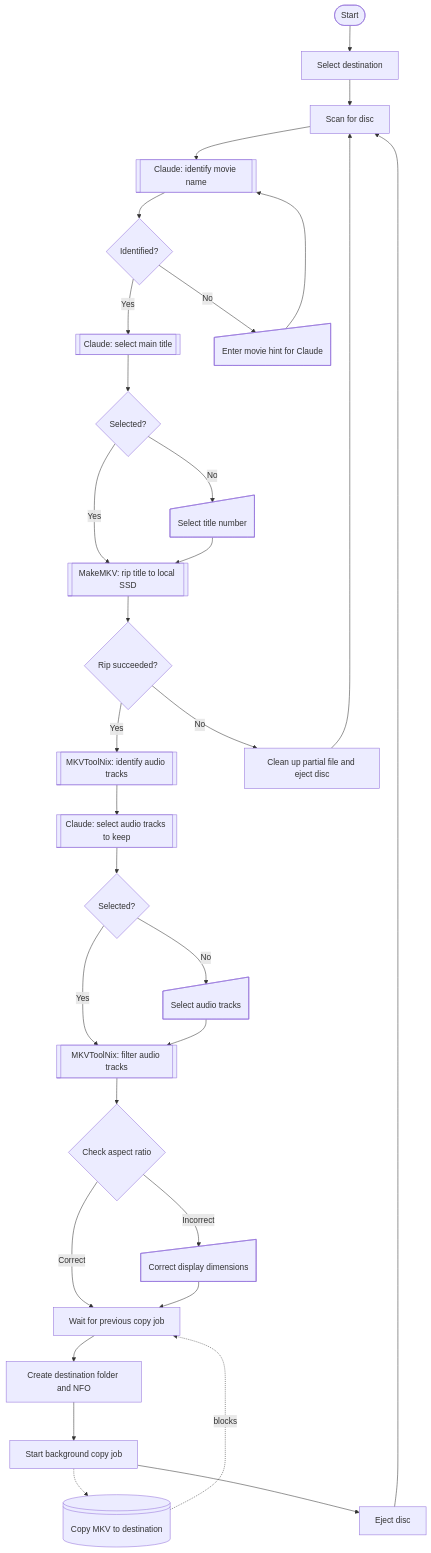
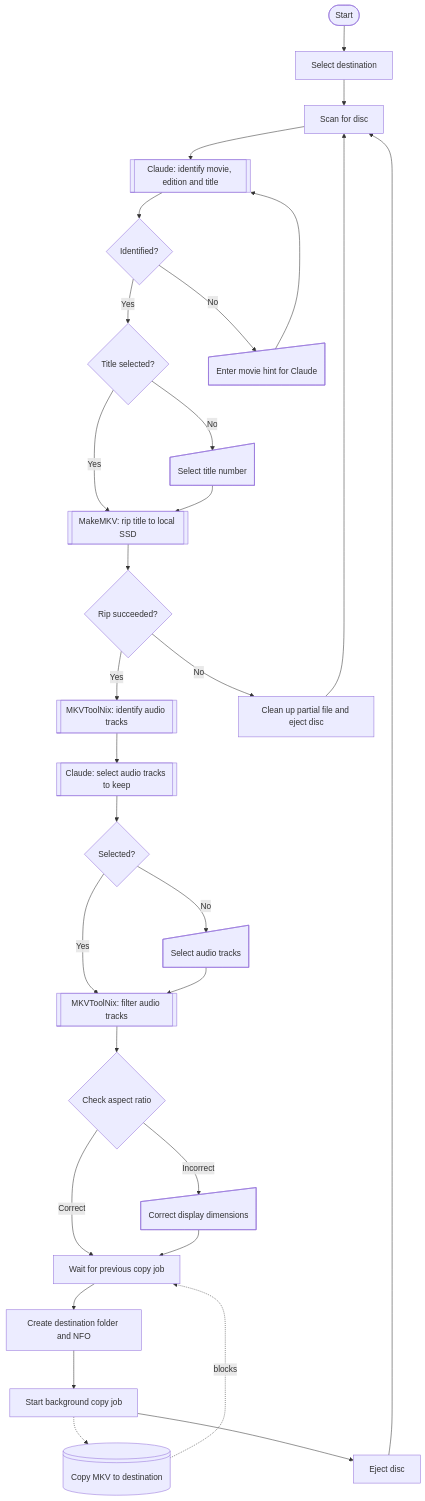
The diagram in README.md (MrLogic85/Make-MKV-auto-tip-using-Claude-API), drawn with Mermaid before and after one commit. The commit also changed other lines of this file, not shown here.

Commit message:
docs: update README for combined Claude call, edition detection and beep
- Features: add edition detection, disc image identification, audible alert
- Config: add $beepOnManualInput example
- Flowchart: merge name+edition+title into single Claude node
- Output: mention edition tag in NFO
- Notes: update API call count from 3 to 2

````diff
--- a/README.md
+++ b/README.md
@@ -65,38 +68,37 @@
 ```mermaid
 flowchart TD
     A([Start]) --> B
     B[Select destination] --> C
     C[Scan for disc] --> F
-    F@{ shape: subprocess, label: "Claude: identify movie name" } --> F2
+    F@{ shape: subprocess, label: "Claude: identify movie, edition and title" } --> F2
     F2{Identified?}
-    F2 -- Yes --> G
+    F2 -- Yes --> F4
     F2 -- No --> F3
     F3@{ shape: sloped-rectangle, label: "Enter movie hint for Claude" } --> F
-    G@{ shape: subprocess, label: "Claude: select main title" } --> G2
-    G2{Selected?}
-    G2 -- Yes --> H
-    G2 -- No --> G3
+    F4{Title selected?}
+    F4 -- Yes --> H
+    F4 -- No --> G3
     G3@{ shape: sloped-rectangle, label: "Select title number" } --> H
     H@{ shape: subprocess, label: "MakeMKV: rip title to local SSD" } --> H2
     H2{Rip succeeded?}
     H2 -- Yes --> I
     H2 -- No --> H3
     H3[Clean up partial file and eject disc] --> C
     I@{ shape: subprocess, label: "MKVToolNix: identify audio tracks" } --> J
     J@{ shape: subprocess, label: "Claude: select audio tracks to keep" } --> J2
     J2{Selected?}
     J2 -- Yes --> K
     J2 -- No --> J3
     J3@{ shape: sloped-rectangle, label: "Select audio tracks" } --> K
     K@{ shape: subprocess, label: "MKVToolNix: filter audio tracks" } --> L
     L{Check aspect ratio}
     L -- Correct --> N
     L -- Incorrect --> M
     M@{ shape: sloped-rectangle, label: "Correct display dimensions" } --> N
     N[Wait for previous copy job] --> O
     O[Create destination folder and NFO] --> P
     P[Start background copy job] -.-> S
     P --> Q
 	S@{ shape: lin-cyl, label: "Copy MKV to destination" } -. blocks .-> N
     Q[Eject disc] --> C
 ```
````
